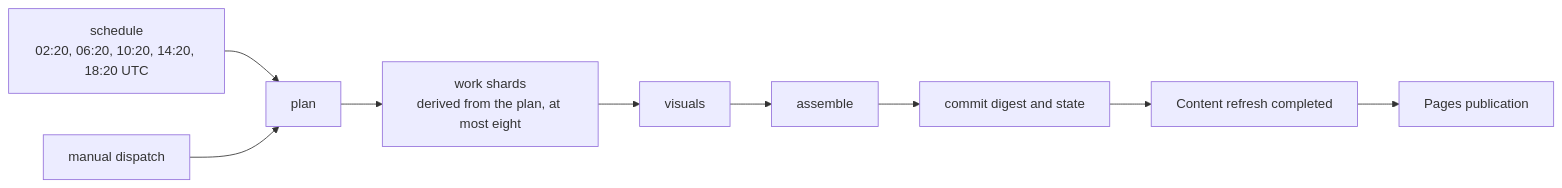
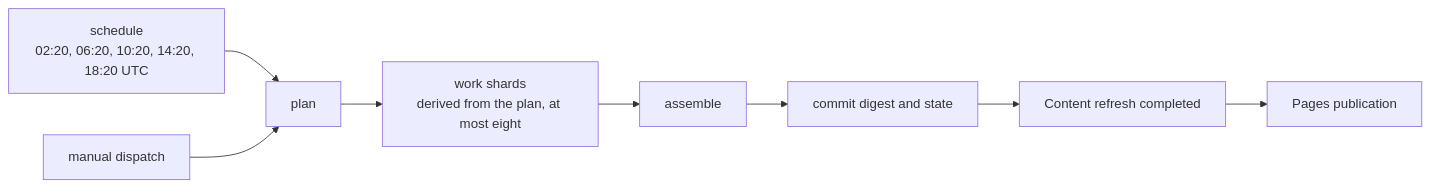
Before and after one commit to miztiik/yen-idhazh: the second of 3 diagrams in docs/reference/github-actions.md, drawn with Mermaid. The commit also changed other lines of this file and 57 other files, not shown here.

````diff
--- a/docs/reference/github-actions.md
+++ b/docs/reference/github-actions.md
@@ -205,11 +202,10 @@
 ```mermaid
 flowchart LR
  SCHEDULE["schedule<br/>02:20, 06:20, 10:20, 14:20, 18:20 UTC"] --> PLAN["plan"]
  MANUAL["manual dispatch"] --> PLAN
  PLAN --> WORK["work shards<br/>derived from the plan, at most eight"]
- WORK --> VISUALS["visuals"]
- VISUALS --> ASSEMBLE["assemble"]
+  WORK --> ASSEMBLE["assemble"]
  ASSEMBLE --> COMMIT["commit digest and state"]
  COMMIT --> COMPLETE["Content refresh completed"]
  COMPLETE --> PAGES["Pages publication"]
 ```
````
